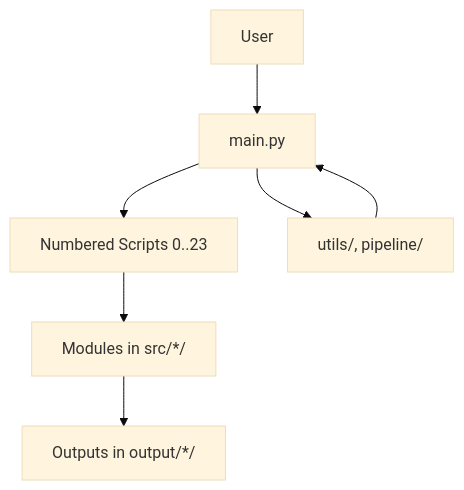
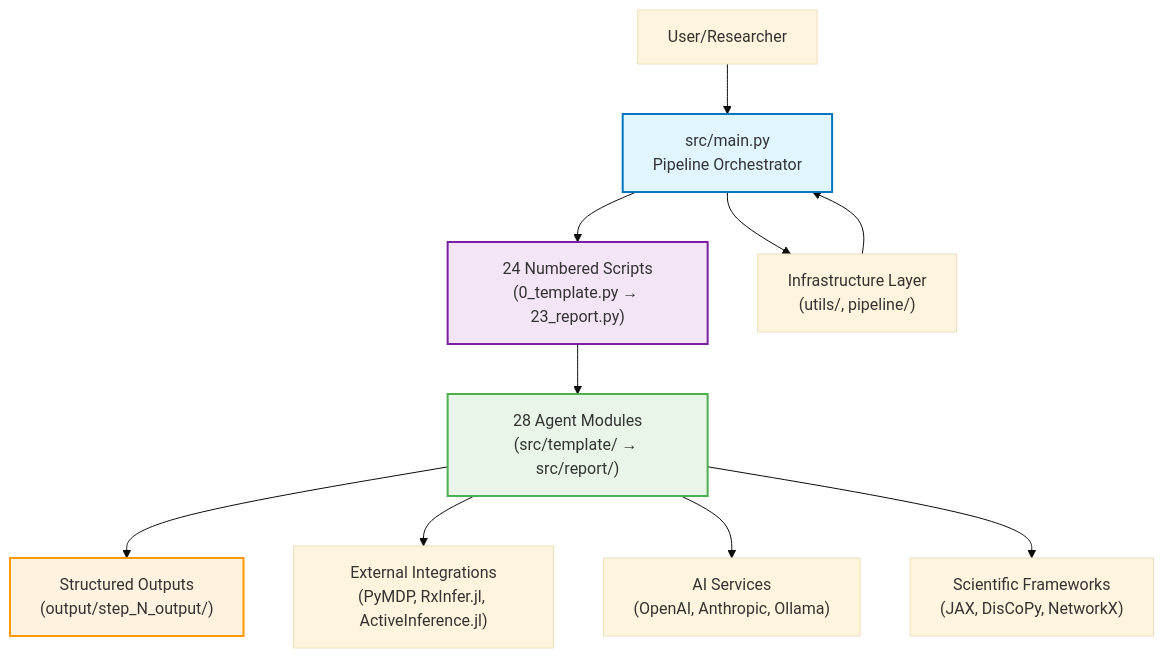
Before and after one commit to ActiveInferenceInstitute/GeneralizedNotationNotation: the first of 7 diagrams in ARCHITECTURE.md, drawn with Mermaid (base theme). The commit also changed other lines of this file and 107 other files, not shown here.

````diff
--- a/ARCHITECTURE.md
+++ b/ARCHITECTURE.md
@@ -15,9 +38,19 @@
 ```mermaid
 graph TB
-  A["User"] --> B["main.py"]
-  B --> C["Numbered Scripts 0..23"]
-  C --> D["Modules in src/*/"]
-  D --> E["Outputs in output/*/"]
-  B --> F["utils/, pipeline/"]
+  A["User/Researcher"] --> B["src/main.py<br/>Pipeline Orchestrator"]
+  B --> C["24 Numbered Scripts<br/>(0_template.py → 23_report.py)"]
+  C --> D["28 Agent Modules<br/>(src/template/ → src/report/)"]
+  D --> E["Structured Outputs<br/>(output/step_N_output/)"]
+
+  B --> F["Infrastructure Layer<br/>(utils/, pipeline/)"]
   F --> B
+
+  D --> G["External Integrations<br/>(PyMDP, RxInfer.jl, ActiveInference.jl)"]
+  D --> H["AI Services<br/>(OpenAI, Anthropic, Ollama)"]
+  D --> I["Scientific Frameworks<br/>(JAX, DisCoPy, NetworkX)"]
+
+  style B fill:#e1f5fe,stroke:#0277bd,stroke-width:2px
+  style C fill:#f3e5f5,stroke:#7b1fa2,stroke-width:2px
+  style D fill:#e8f5e8,stroke:#4caf50,stroke-width:2px
+  style E fill:#fff3e0,stroke:#ff9800,stroke-width:2px
 ```
````
